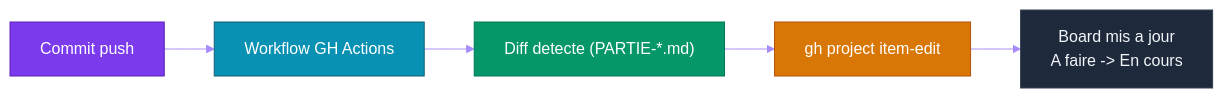
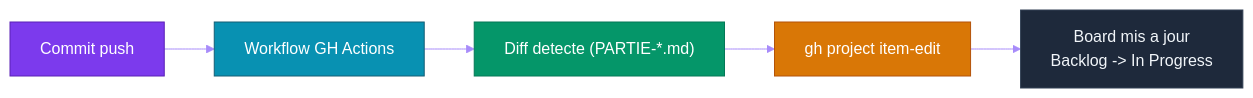
Before and after one commit to yugmerabtene/Agentic-Developer-Craftsmanship: the second of 3 diagrams in PARTIE-08-cicd-devops.md, drawn with Mermaid. The commit also changed other lines of this file and 4 other files, not shown here.

Commit message:
refactor: projet -> Scrum board (Backlog/To Do/In Progress/Review/Done)

````diff
--- a/PARTIE-08-cicd-devops.md
+++ b/PARTIE-08-cicd-devops.md
@@ -173,18 +173,18 @@
 ```mermaid
 %%{init: {'theme': 'base', 'themeVariables': {
   'primaryColor': '#7c3aed',
   'primaryTextColor': '#fff',
   'lineColor': '#a78bfa'
 }}}%%
 graph LR
     C[Commit push] --> W[Workflow GH Actions]
     W --> D["Diff detecte (PARTIE-*.md)"]
     D --> P["gh project item-edit"]
-    P --> B["Board mis a jour<br/>A faire -> En cours"]
+    P --> B["Board mis a jour<br/>Backlog -> In Progress"]
     
     style C fill:#7c3aed,color:#fff,stroke:#5b21b6
     style W fill:#0891b2,color:#fff,stroke:#155e75
     style D fill:#059669,color:#fff,stroke:#047857
     style P fill:#d97706,color:#fff,stroke:#b45309
     style B fill:#1e293b,color:#f1f5f9,stroke:#334155
 ```
````
